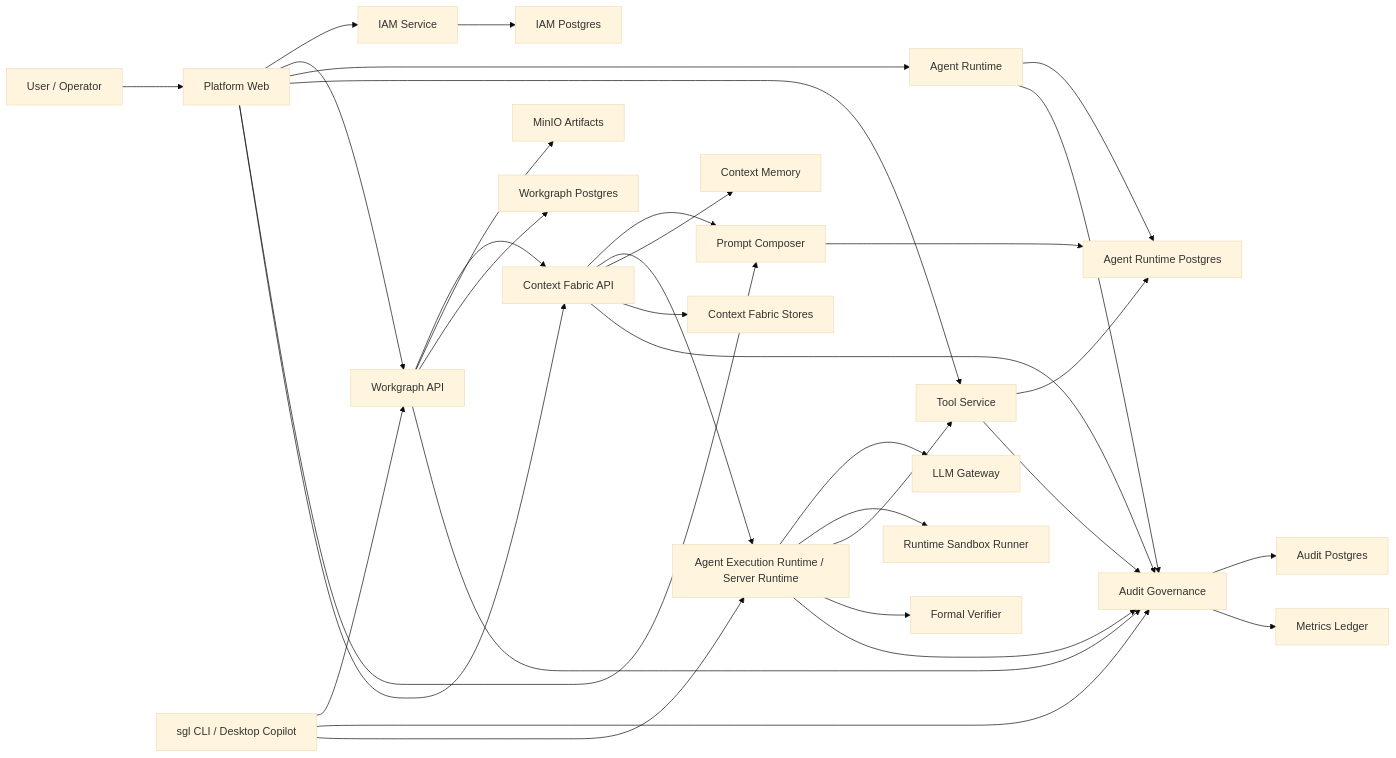
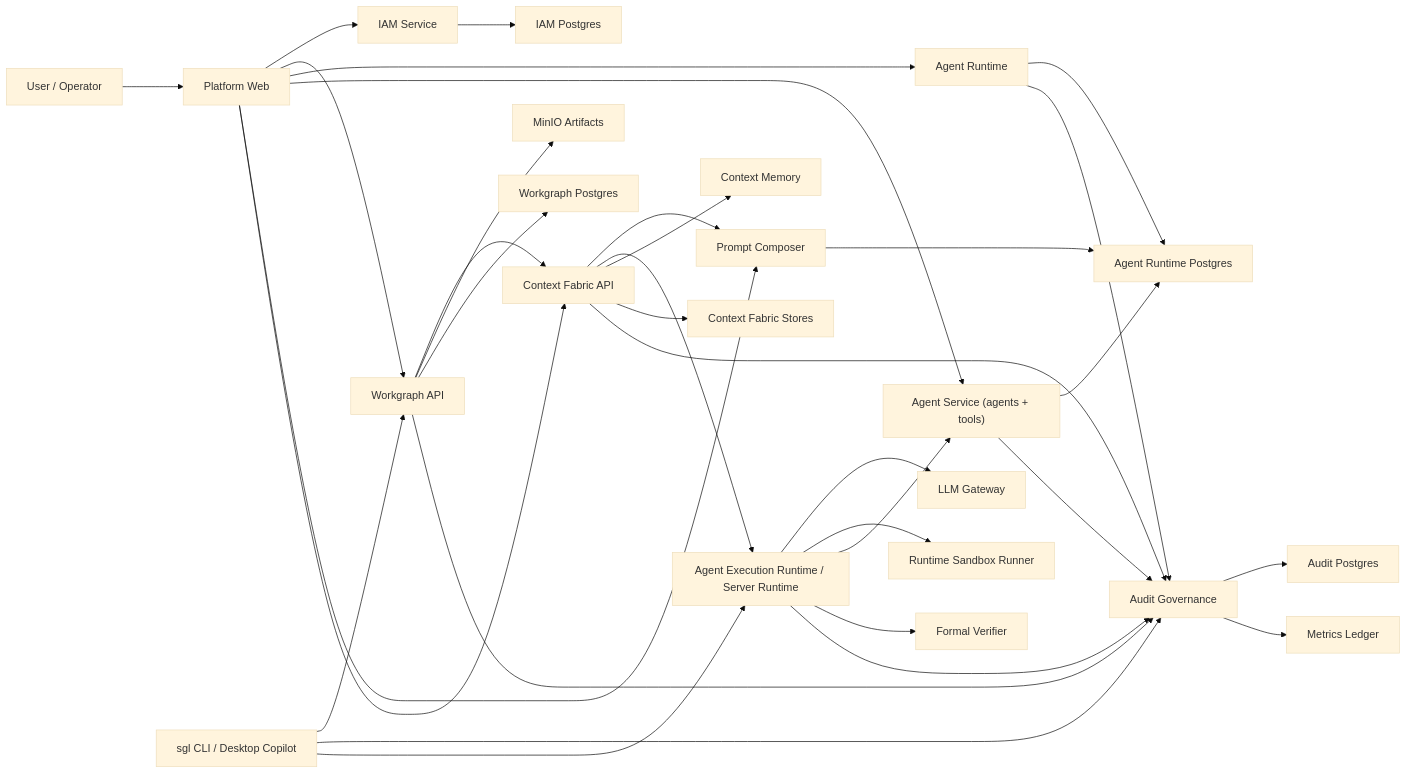
Before and after one commit to ashokraj2011/singularity-platform: the first of 5 diagrams in docs/platform-handbook.md, drawn with Mermaid (base theme). The commit also changed other lines of this file and 16 other files, not shown here.

````diff
--- a/docs/platform-handbook.md
+++ b/docs/platform-handbook.md
@@ -69,40 +69,40 @@
 ```mermaid
 flowchart LR
   User["User / Operator"] --> Web["Platform Web"]
   Web --> IAM["IAM Service"]
   Web --> WGAPI["Workgraph API"]
   Web --> AgentRuntime["Agent Runtime"]
-  Web --> ToolService["Tool Service"]
+  Web --> AgentService["Agent Service (agents + tools)"]
   Web --> PromptComposer["Prompt Composer"]
   Web --> ContextAPI["Context Fabric API"]
 
   WGAPI --> ContextAPI["Context Fabric API"]
   ContextAPI --> PromptComposer
   ContextAPI --> AER["Agent Execution Runtime / Server Runtime"]
   ContextAPI --> ContextMemory["Context Memory"]
 
   AER --> LLMGateway["LLM Gateway"]
   AER --> Runner["Runtime Sandbox Runner"]
-  AER --> ToolService
+  AER --> AgentService
   AER --> FormalVerifier["Formal Verifier"]
 
   WGAPI --> MinIO["MinIO Artifacts"]
   WGAPI --> WGDB["Workgraph Postgres"]
   IAM --> IAMDB["IAM Postgres"]
   AgentRuntime --> ATDB["Agent Runtime Postgres"]
-  ToolService --> ATDB
+  AgentService --> ATDB
   PromptComposer --> ATDB
   ContextAPI --> CFDB["Context Fabric Stores"]
 
   WGAPI --> AuditGov["Audit Governance"]
   ContextAPI --> AuditGov
   AER --> AuditGov
-  ToolService --> AuditGov
+  AgentService --> AuditGov
   AgentRuntime --> AuditGov
   AuditGov --> AuditDB["Audit Postgres"]
   AuditGov --> Metrics["Metrics Ledger"]
 
   Laptop["sgl CLI / Desktop Copilot"] --> WGAPI
   Laptop --> AuditGov
   Laptop --> AER
 ```
````
